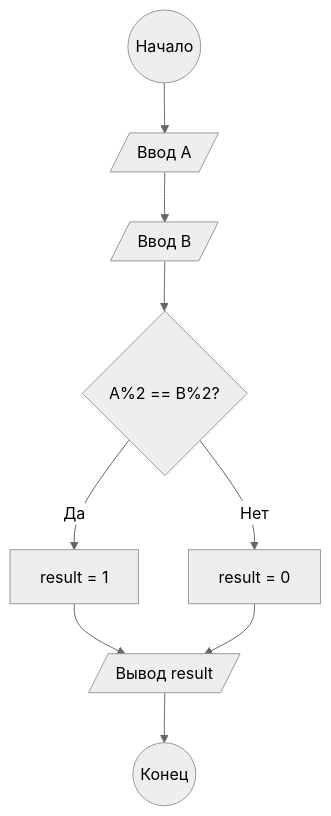
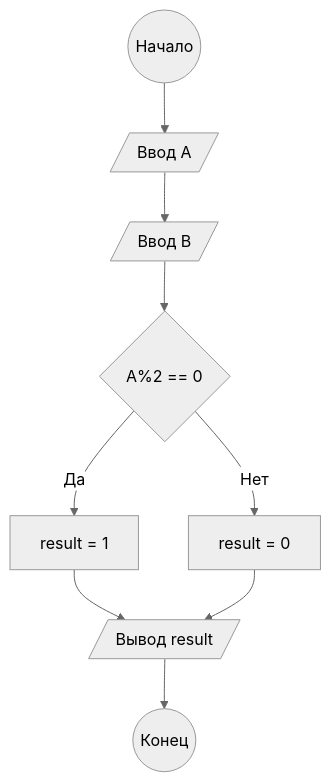
One commit to MaksFarsh/LR-4 changed the diagram in README.md. Above: the diagram before and after it, drawn with Mermaid (neutral theme).

````diff
--- a/README.md
+++ b/README.md
@@ -13,14 +13,14 @@
 ```mermaid
 graph TD
     Start((Начало)) --> InputA[/Ввод A/]
     InputA --> InputB[/Ввод B/]
-    InputB --> Condition{A%2 == B%2?}
+    InputB --> Condition{A%2 == 0}
     
     Condition -- Да --> SetResult1[result = 1]
     Condition -- Нет --> SetResult0[result = 0]
     
     SetResult1 --> Output[/Вывод result/]
     SetResult0 --> Output
     
     Output --> End((Конец))
 ```
````
